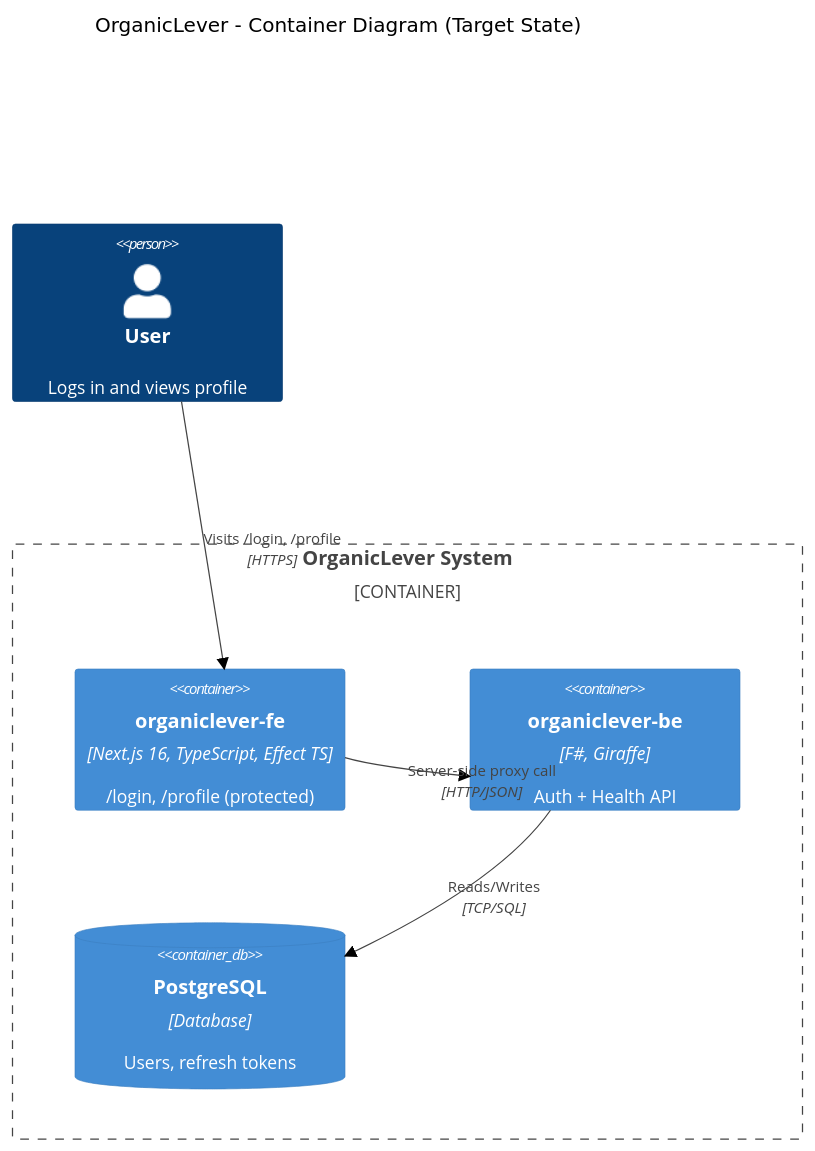
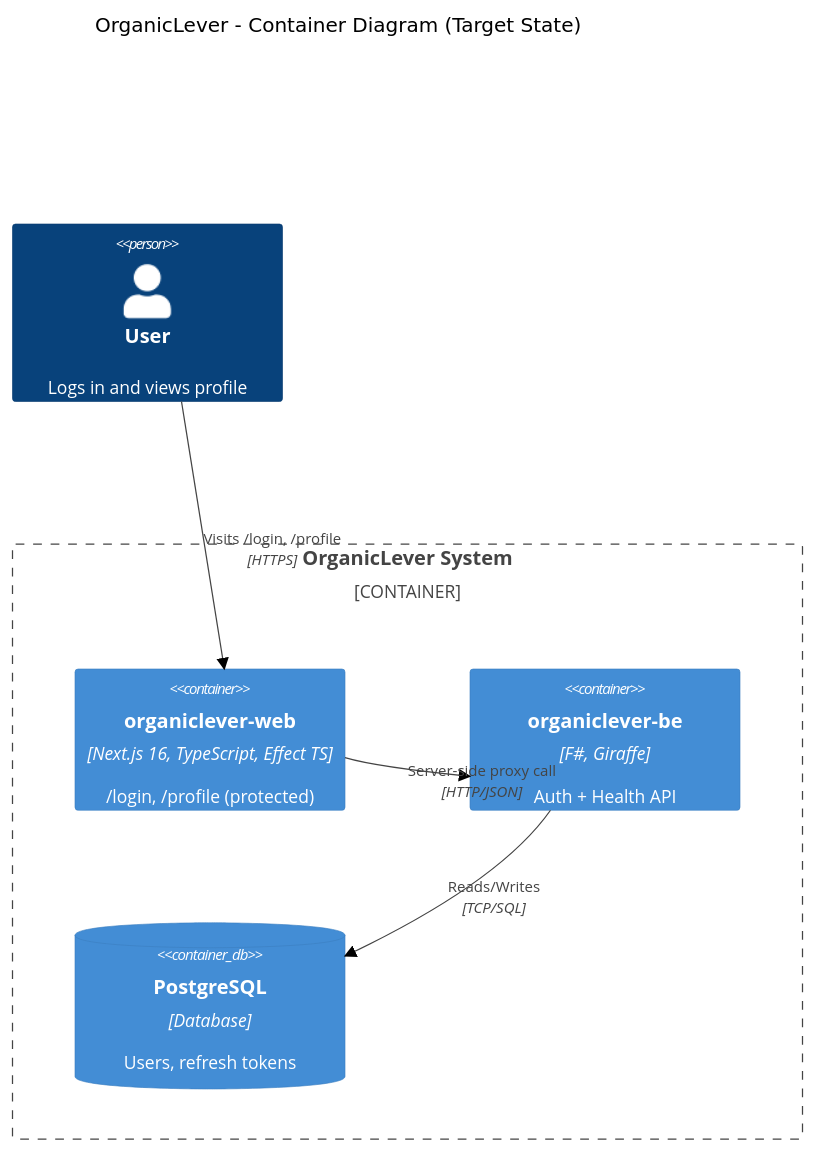
Before and after one commit to wahidyankf/open-sharia-enterprise: the diagram in plans/done/2026-03-28__organiclever-fullstack-evolution/tech-docs.md, drawn with Mermaid (neutral theme). The commit also changed other lines of this file and 193 other files, not shown here.

First line of the commit message:
refactor(organiclever): rename organiclever-fe* to organiclever-web*

````diff
--- a/plans/done/2026-03-28__organiclever-fullstack-evolution/tech-docs.md
+++ b/plans/done/2026-03-28__organiclever-fullstack-evolution/tech-docs.md
@@ -5,16 +5,16 @@
 ```mermaid
 C4Container
     title OrganicLever - Container Diagram (Target State)
 
     Person(user, "User", "Logs in and views profile")
 
     Container_Boundary(organiclever, "OrganicLever System") {
-        Container(spa, "organiclever-fe", "Next.js 16, TypeScript, Effect TS", "/login, /profile (protected)")
+        Container(spa, "organiclever-web", "Next.js 16, TypeScript, Effect TS", "/login, /profile (protected)")
         Container(api, "organiclever-be", "F#, Giraffe", "Auth + Health API")
         ContainerDb(db, "PostgreSQL", "Database", "Users, refresh tokens")
     }
 
     Rel(user, spa, "Visits /login, /profile", "HTTPS")
     Rel(spa, api, "Server-side proxy call", "HTTP/JSON")
     Rel(api, db, "Reads/Writes", "TCP/SQL")
 ```
````
